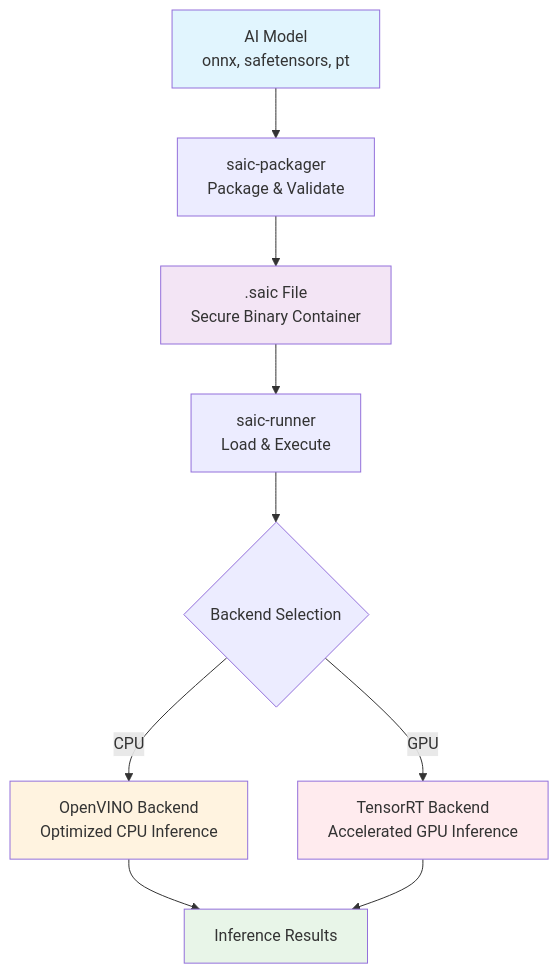
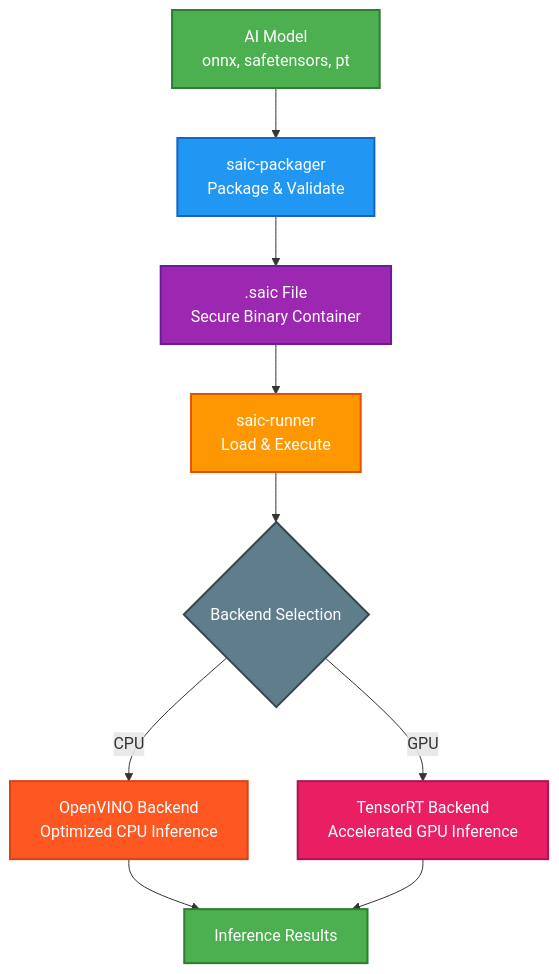
Before and after one commit to Shark1n4Suit/Cnox: the diagram in README.md, drawn with Mermaid.

Commit message:
fixed graph color

````diff
--- a/README.md
+++ b/README.md
@@ -27,17 +27,20 @@
 ```mermaid
 graph TD
     A[AI Model<br/>onnx, safetensors, pt] --> B[saic-packager<br/>Package & Validate]
     B --> C[.saic File<br/>Secure Binary Container]
     C --> D[saic-runner<br/>Load & Execute]
     D --> E{Backend Selection}
     E -->|CPU| F[OpenVINO Backend<br/>Optimized CPU Inference]
     E -->|GPU| G[TensorRT Backend<br/>Accelerated GPU Inference]
     F --> H[Inference Results]
     G --> H
     
-    style A fill:#e1f5fe
-    style C fill:#f3e5f5
-    style H fill:#e8f5e8
-    style F fill:#fff3e0
-    style G fill:#ffebee
+    style A fill:#4CAF50,stroke:#2E7D32,stroke-width:2px,color:#fff
+    style B fill:#2196F3,stroke:#1565C0,stroke-width:2px,color:#fff
+    style C fill:#9C27B0,stroke:#6A1B9A,stroke-width:2px,color:#fff
+    style D fill:#FF9800,stroke:#E65100,stroke-width:2px,color:#fff
+    style E fill:#607D8B,stroke:#37474F,stroke-width:2px,color:#fff
+    style F fill:#FF5722,stroke:#D84315,stroke-width:2px,color:#fff
+    style G fill:#E91E63,stroke:#AD1457,stroke-width:2px,color:#fff
+    style H fill:#4CAF50,stroke:#2E7D32,stroke-width:2px,color:#fff
 ```
````
